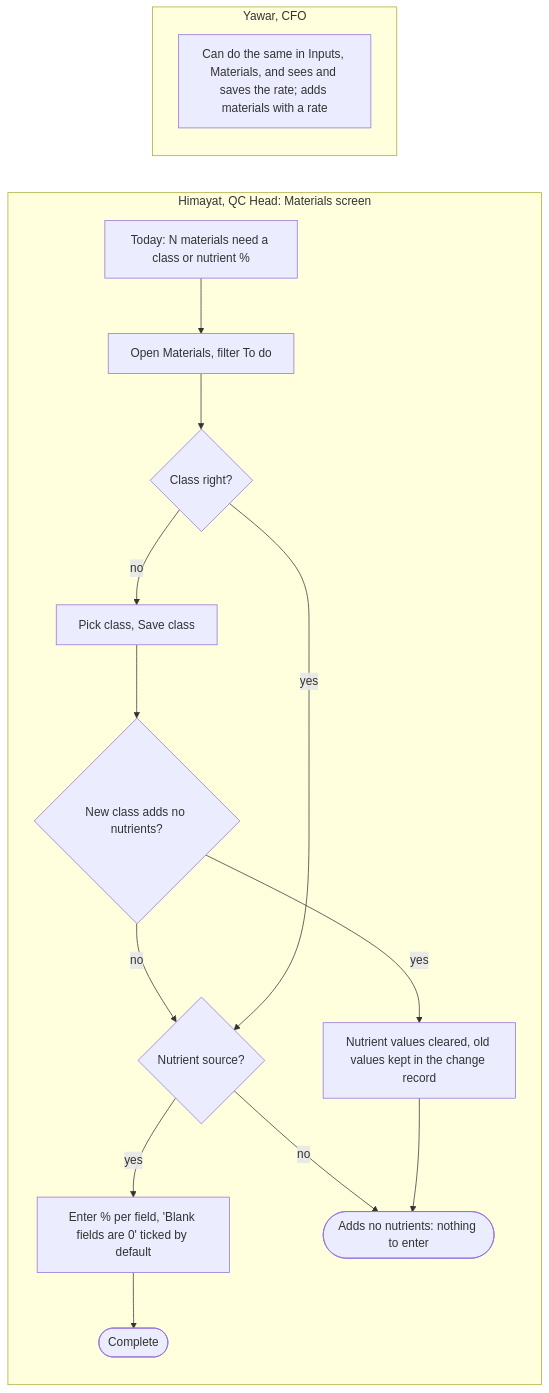
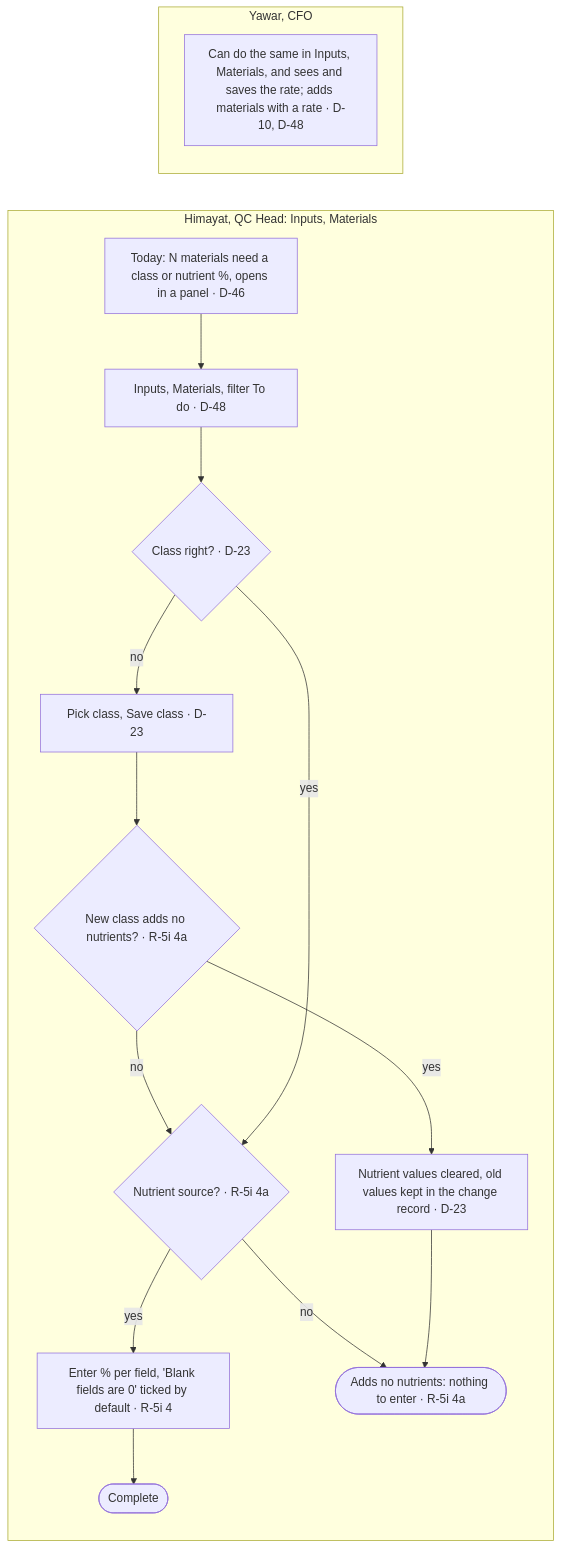
Before and after one commit to taabbas1947-eng/VAN-OP: the fifth of 17 diagrams in apps/c2m/docs/01-process-flows.md, drawn with Mermaid. The commit also changed other lines of this file and 18 other files, not shown here.

````diff
--- a/apps/c2m/docs/01-process-flows.md
+++ b/apps/c2m/docs/01-process-flows.md
@@ -135,18 +137,18 @@
 ```mermaid
 flowchart LR
-  subgraph QC [Himayat, QC Head: Materials screen]
-    A[Today: N materials need a class or nutrient %] --> B[Open Materials, filter To do]
-    B --> C{Class right?}
-    C -- no --> D[Pick class, Save class]
-    D --> D2{New class adds no nutrients?}
-    D2 -- yes --> D3[Nutrient values cleared, old values kept in the change record]
+  subgraph QC [Himayat, QC Head: Inputs, Materials]
+    A[Today: N materials need a class or nutrient %, opens in a panel · D-46] --> B[Inputs, Materials, filter To do · D-48]
+    B --> C{Class right? · D-23}
+    C -- no --> D[Pick class, Save class · D-23]
+    D --> D2{New class adds no nutrients? · R-5i 4a}
+    D2 -- yes --> D3[Nutrient values cleared, old values kept in the change record · D-23]
     D2 -- no --> E
-    C -- yes --> E{Nutrient source?}
-    E -- yes --> F[Enter % per field, 'Blank fields are 0' ticked by default] --> G([Complete])
-    E -- no --> G2([Adds no nutrients: nothing to enter])
+    C -- yes --> E{Nutrient source? · R-5i 4a}
+    E -- yes --> F[Enter % per field, 'Blank fields are 0' ticked by default · R-5i 4] --> G([Complete])
+    E -- no --> G2([Adds no nutrients: nothing to enter · R-5i 4a])
     D3 --> G2
   end
   subgraph CFO [Yawar, CFO]
-    Y[Can do the same in Inputs, Materials, and sees and saves the rate; adds materials with a rate]
+    Y[Can do the same in Inputs, Materials, and sees and saves the rate; adds materials with a rate · D-10, D-48]
   end
 ```
````
